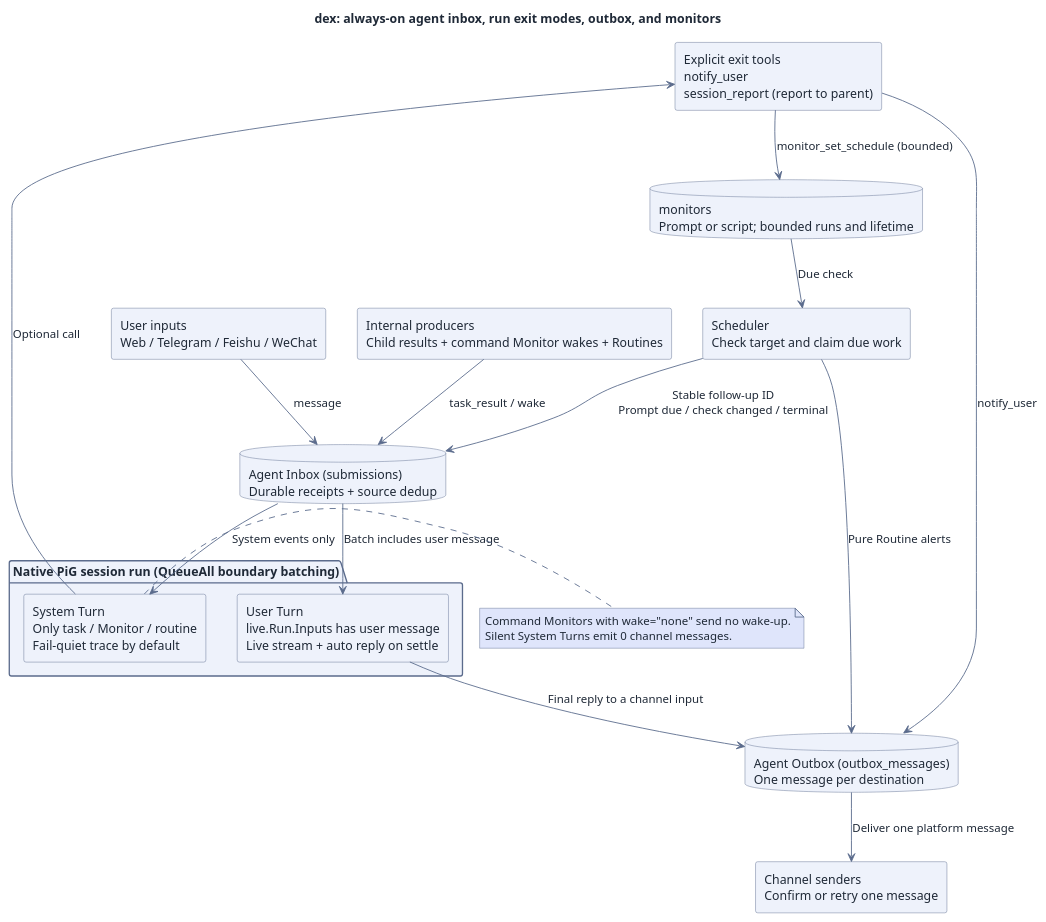
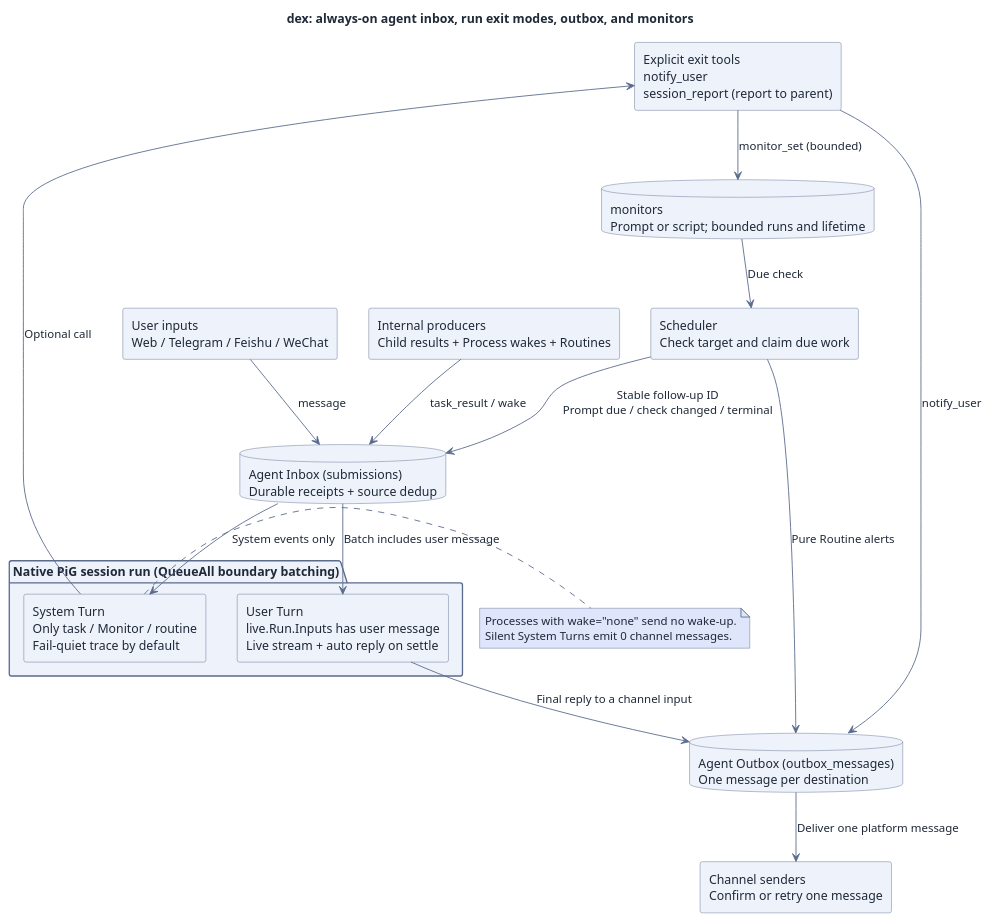
Before and after one commit to recally-io/dex: the diagram in docs/assets/src/always-on-flow.puml, drawn with PlantUML. The commit also changed 39 other files, not shown here.

First line of the commit message:
control: Split process_* tools from Monitor and simplify monitor_set (#335)

```diff
--- a/docs/assets/src/always-on-flow.puml
+++ b/docs/assets/src/always-on-flow.puml
@@ -1,55 +1,55 @@
 @startuml
 skinparam RectangleBackgroundColor #eef2fb
 skinparam RectangleBorderColor #5b6b8c
 skinparam RectangleFontColor #1f2937
 skinparam DatabaseBackgroundColor #eef2fb
 skinparam DatabaseBorderColor #5b6b8c
 skinparam DatabaseFontColor #1f2937
 skinparam PackageBackgroundColor #eef2fb
 skinparam PackageBorderColor #5b6b8c
 skinparam DefaultFontColor #1f2937
 skinparam ArrowColor #5b6b8c
 skinparam ArrowFontColor #1f2937
 skinparam NoteBackgroundColor #dfe5fb
 skinparam NoteBorderColor #5b6b8c
 skinparam NoteFontColor #1f2937
 skinparam BackgroundColor #ffffff
 title dex: always-on agent inbox, run exit modes, outbox, and monitors
 top to bottom direction
 
 rectangle "User inputs\nWeb / Telegram / Feishu / WeChat" as user_in
-rectangle "Internal producers\nChild results + command Monitor wakes + Routines" as sys_in
+rectangle "Internal producers\nChild results + Process wakes + Routines" as sys_in
 database "monitors\nPrompt or script; bounded runs and lifetime" as monitors
 rectangle "Scheduler\nCheck target and claim due work" as sched
 
 database "Agent Inbox (submissions)\nDurable receipts + source dedup" as inbox
 
 package "Native PiG session run (QueueAll boundary batching)" as run {
   rectangle "User Turn\nlive.Run.Inputs has user message\nLive stream + auto reply on settle" as user_turn
   rectangle "System Turn\nOnly task / Monitor / routine\nFail-quiet trace by default" as sys_turn
 }
 
 rectangle "Explicit exit tools\nnotify_user\nsession_report (report to parent)" as tools
 database "Agent Outbox (outbox_messages)\nOne message per destination" as outbox
 rectangle "Channel senders\nConfirm or retry one message" as dispatch
 
 monitors --> sched : Due check
 sched --> inbox : Stable follow-up ID\nPrompt due / check changed / terminal
 user_in --> inbox : message
 sys_in --> inbox : task_result / wake
 
 inbox --> user_turn : Batch includes user message
 inbox --> sys_turn : System events only
 
 user_turn --> outbox : Final reply to a channel input
 sys_turn --> tools : Optional call
 tools --> outbox : notify_user
-tools --> monitors : monitor_set_schedule (bounded)
+tools --> monitors : monitor_set (bounded)
 
 sched --> outbox : Pure Routine alerts
 outbox --> dispatch : Deliver one platform message
 note right of sys_turn
-  Command Monitors with wake="none" send no wake-up.
+  Processes with wake="none" send no wake-up.
   Silent System Turns emit 0 channel messages.
 end note
 @enduml
```
